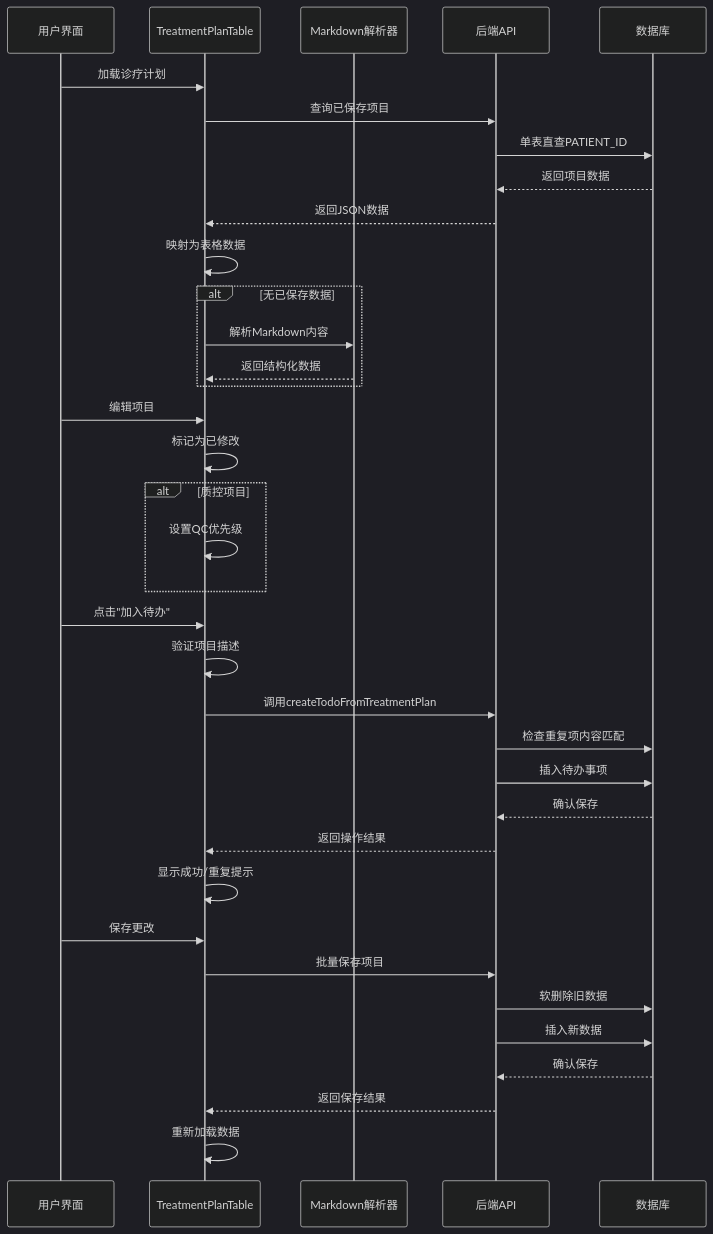
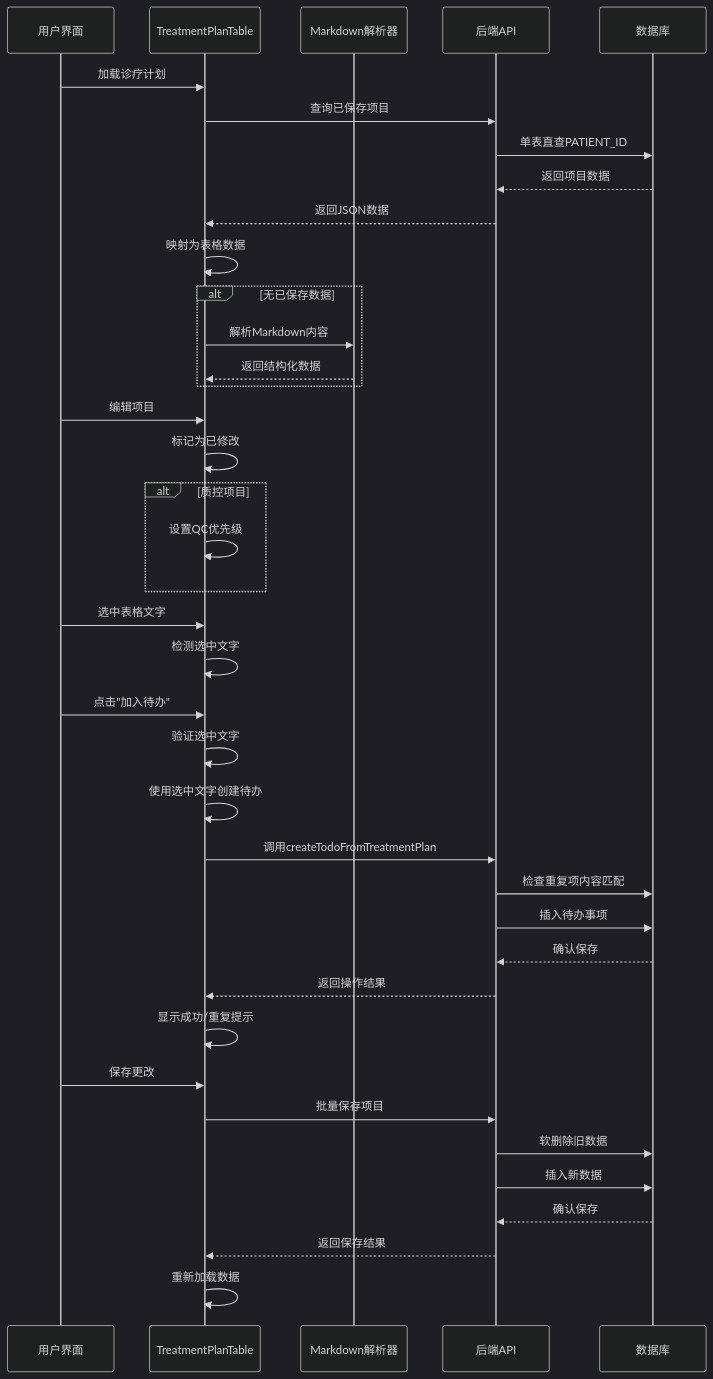
Before and after one commit to liuzh2008/med_ai_assistant_workspace: the second of 5 diagrams in .qoder/repowiki/zh/content/核心功能模块/治疗计划表格功能增强.md, drawn with Mermaid (dark theme). The commit also changed other lines of this file and 4 other files, not shown here.

````diff
--- a/.qoder/repowiki/zh/content/核心功能模块/治疗计划表格功能增强.md
+++ b/.qoder/repowiki/zh/content/核心功能模块/治疗计划表格功能增强.md
@@ -188,38 +211,41 @@
 ```mermaid
 sequenceDiagram
 participant UI as 用户界面
 participant TP as TreatmentPlanTable
 participant Parser as Markdown解析器
 participant API as 后端API
 participant DB as 数据库
 UI->>TP : 加载诊疗计划
 TP->>API : 查询已保存项目
 API->>DB : 单表直查PATIENT_ID
 DB-->>API : 返回项目数据
 API-->>TP : 返回JSON数据
 TP->>TP : 映射为表格数据
 alt 无已保存数据
 TP->>Parser : 解析Markdown内容
 Parser-->>TP : 返回结构化数据
 end
 UI->>TP : 编辑项目
 TP->>TP : 标记为已修改
 alt 质控项目
 TP->>TP : 设置QC优先级
 end
+UI->>TP : 选中表格文字
+TP->>TP : 检测选中文字
 UI->>TP : 点击"加入待办"
-TP->>TP : 验证项目描述
+TP->>TP : 验证选中文字
+TP->>TP : 使用选中文字创建待办
 TP->>API : 调用createTodoFromTreatmentPlan
 API->>DB : 检查重复项内容匹配
 API->>DB : 插入待办事项
 DB-->>API : 确认保存
 API-->>TP : 返回操作结果
 TP->>TP : 显示成功/重复提示
 UI->>TP : 保存更改
 TP->>API : 批量保存项目
 API->>DB : 软删除旧数据
 API->>DB : 插入新数据
 DB-->>API : 确认保存
 API-->>TP : 返回保存结果
 TP->>TP : 重新加载数据
 ```
````
